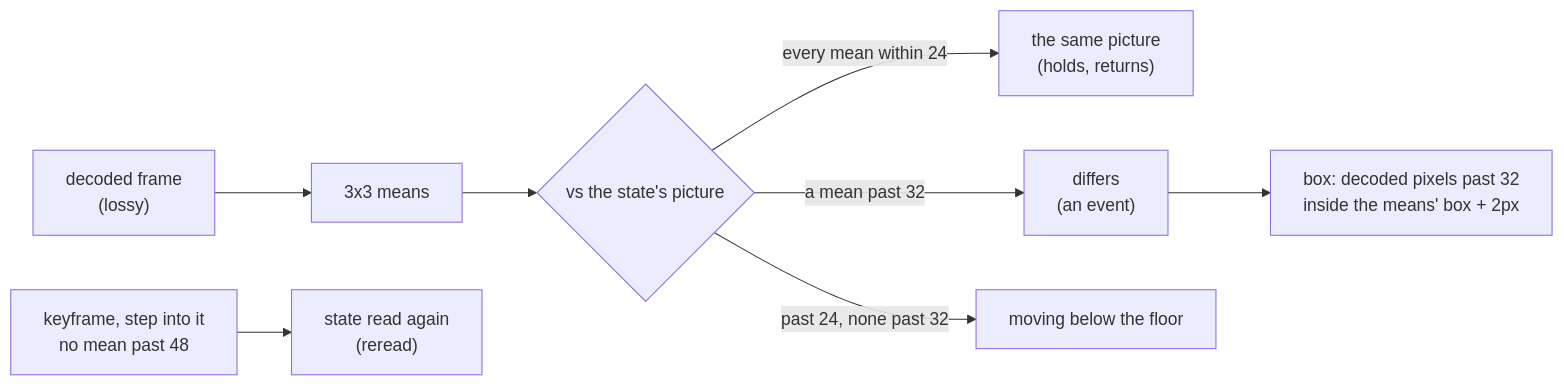
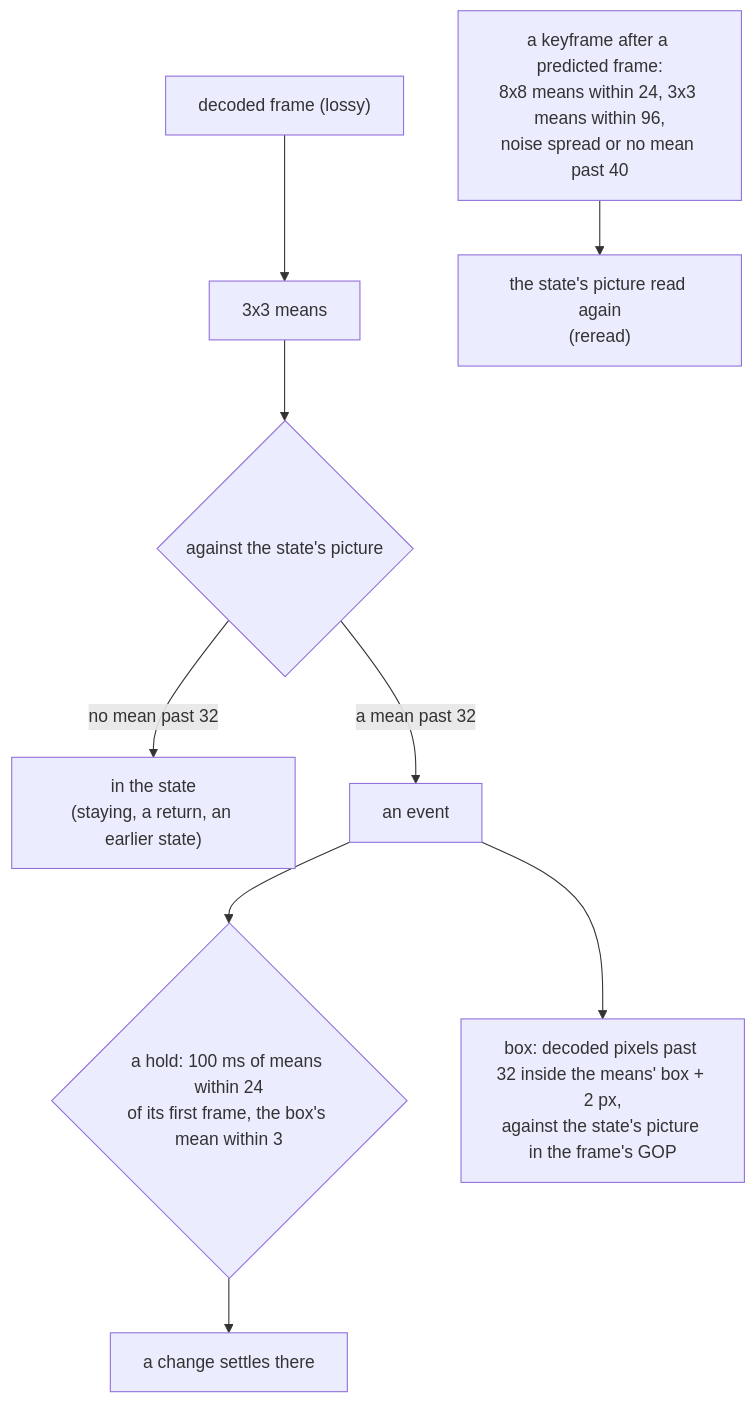
The diagram in docs/reports/2026-10-16-storyboard-noise-floor-v1.md (mizchi/vlmkit), drawn with Mermaid before and after one commit. The commit also changed other lines of this file and 9 other files, not shown here.

First line of the commit message:
snapshot storyboard --lossy: keyframes, returns and boxes the bench found wrong

````diff
--- a/docs/reports/2026-10-16-storyboard-noise-floor-v1.md
+++ b/docs/reports/2026-10-16-storyboard-noise-floor-v1.md
@@ -18,10 +21,11 @@
 ```mermaid
-flowchart LR
-  F["decoded frame<br/>(lossy)"] --> M["3x3 means"]
-  M --> S{"vs the state's picture"}
-  S -->|"every mean within 24"| H["the same picture<br/>(holds, returns)"]
-  S -->|"a mean past 32"| D["differs<br/>(an event)"]
-  S -->|"past 24, none past 32"| Q["moving below the floor"]
-  K["keyframe, step into it<br/>no mean past 48"] --> R["state read again<br/>(reread)"]
-  D --> B["box: decoded pixels past 32<br/>inside the means' box + 2px"]
+flowchart TD
+  F["decoded frame (lossy)"] --> M["3x3 means"]
+  M --> A{"against the state's picture"}
+  A -->|"no mean past 32"| IN["in the state<br/>(staying, a return, an earlier state)"]
+  A -->|"a mean past 32"| EV["an event"]
+  EV --> H{"a hold: 100 ms of means within 24<br/>of its first frame, the box's mean within 3"}
+  H --> C["a change settles there"]
+  K["a keyframe after a predicted frame:<br/>8x8 means within 24, 3x3 means within 96,<br/>noise spread or no mean past 40"] --> R["the state's picture read again<br/>(reread)"]
+  EV --> B["box: decoded pixels past 32 inside the means' box + 2 px,<br/>against the state's picture in the frame's GOP"]
 ```
````
